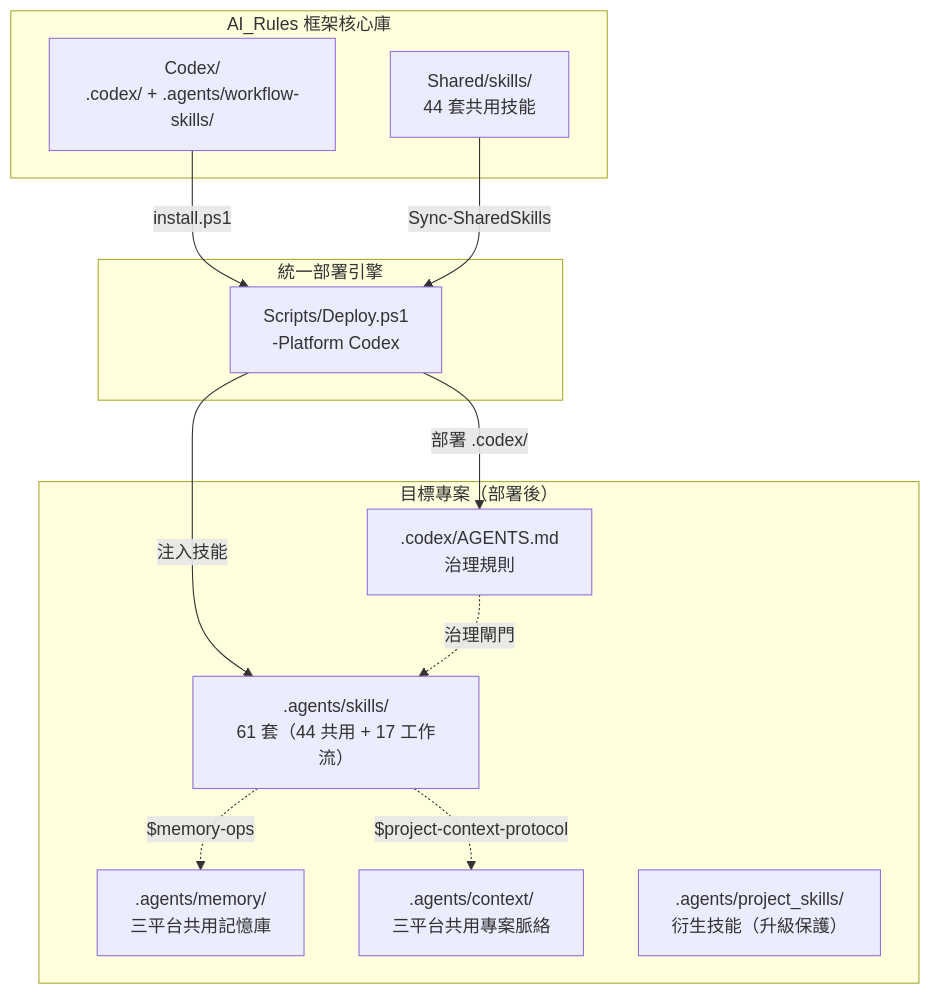
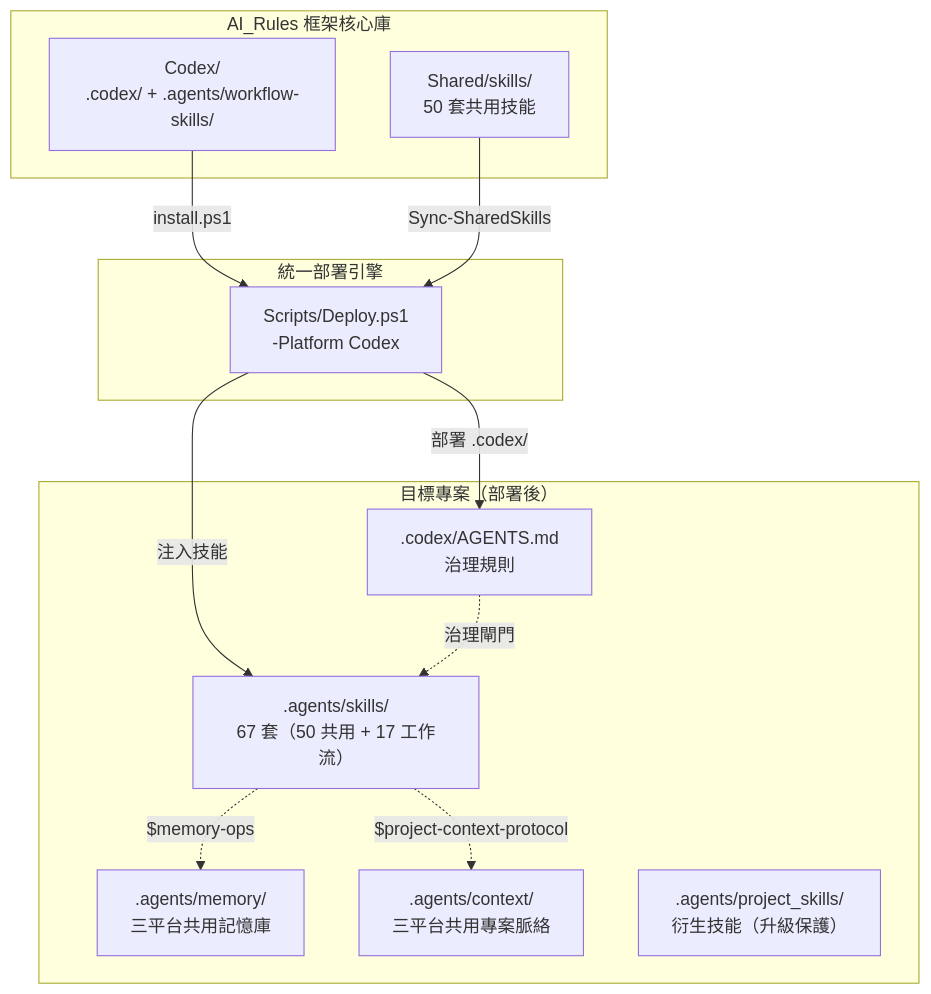
One commit to Kunshao1117/AI_Rules changed the first of 2 diagrams in Codex/README.md. Above: the diagram before and after it, drawn with Mermaid. The commit also changed other lines of this file and 88 other files, not shown here.

````diff
--- a/Codex/README.md
+++ b/Codex/README.md
@@ -78,27 +78,27 @@
 ```mermaid
 graph TB
     subgraph "AI_Rules 框架核心庫"
         SRC["Codex/<br/>.codex/ + .agents/workflow-skills/"]
-        SH["Shared/skills/<br/>44 套共用技能"]
+        SH["Shared/skills/<br/>50 套共用技能"]
     end
 
     subgraph "統一部署引擎"
         DEPLOY["Scripts/Deploy.ps1<br/>-Platform Codex"]
     end
 
     subgraph "目標專案（部署後）"
         CODEX[".codex/AGENTS.md<br/>治理規則"]
-        SKILLS[".agents/skills/<br/>61 套（44 共用 + 17 工作流）"]
+        SKILLS[".agents/skills/<br/>67 套（50 共用 + 17 工作流）"]
         MEM[".agents/memory/<br/>三平台共用記憶庫"]
         CTX[".agents/context/<br/>三平台共用專案脈絡"]
         PROJ[".agents/project_skills/<br/>衍生技能（升級保護）"]
     end
 
     SRC -->|"install.ps1"| DEPLOY
     SH -->|"Sync-SharedSkills"| DEPLOY
     DEPLOY -->|"部署 .codex/"| CODEX
     DEPLOY -->|"注入技能"| SKILLS
     SKILLS -.->|"$memory-ops"| MEM
     SKILLS -.->|"$project-context-protocol"| CTX
     CODEX -.->|"治理閘門"| SKILLS
 ```
````
